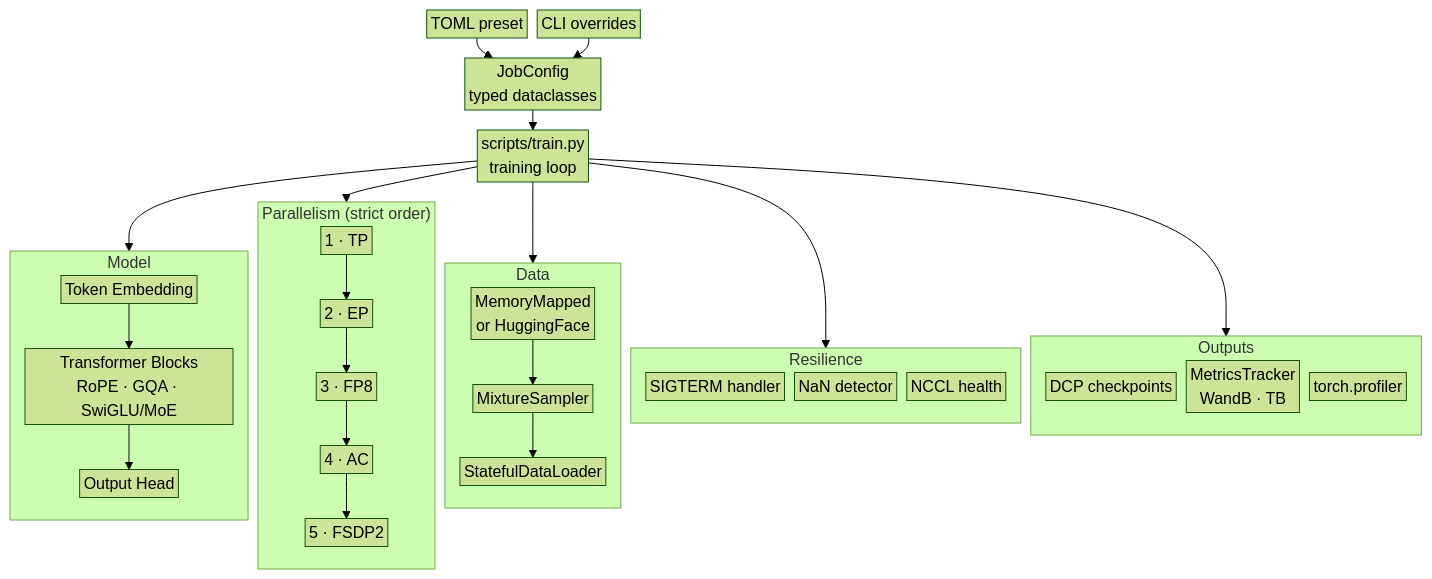
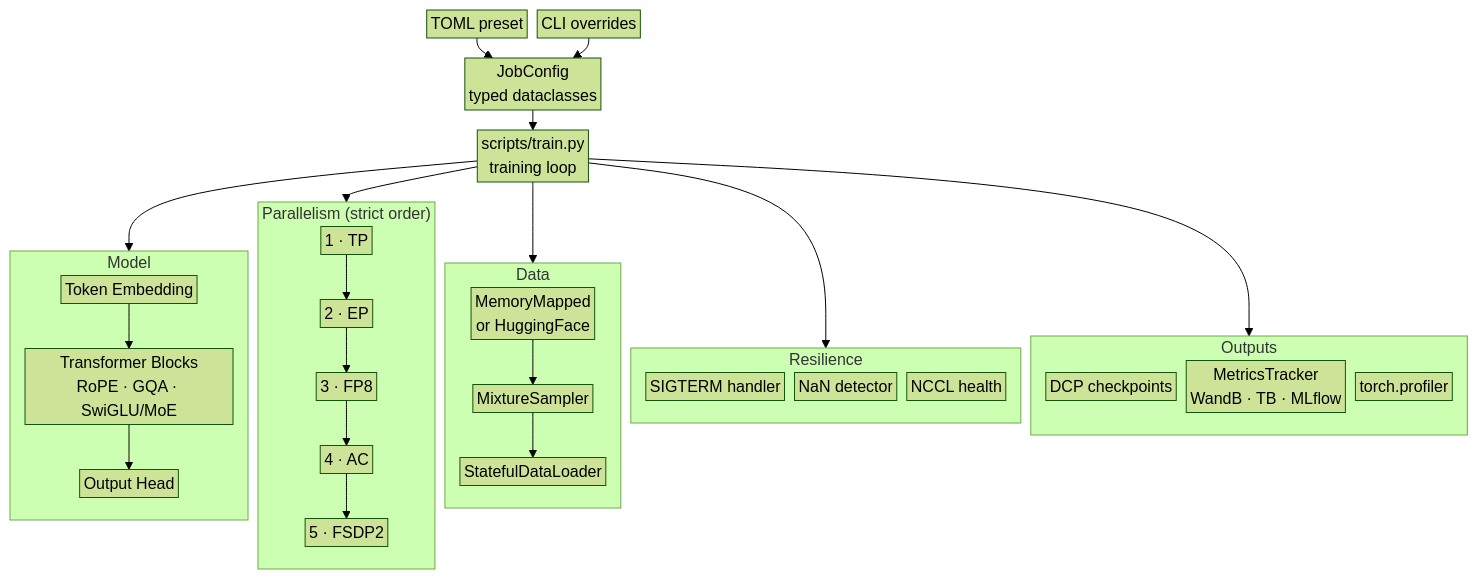
One commit to KempnerInstitute/KempnerForge changed the diagram in README.md. Above: the diagram before and after it, drawn with Mermaid (forest theme). The commit also changed other lines of this file and 14 other files, not shown here.

Commit message:
Add MLflow (Databricks) logging backend alongside WandB and TensorBoard

````diff
--- a/README.md
+++ b/README.md
@@ -52,49 +52,49 @@
 ```mermaid
 %%{init: {'flowchart': {'nodeSpacing': 10, 'rankSpacing': 20, 'padding': 2, 'subGraphTitleMargin': {'top': 0, 'bottom': 2}}}}%%
 flowchart TB
     %% Layer 1: configuration inputs
     TOML[TOML preset] --> JC[JobConfig<br/>typed dataclasses]
     CLI[CLI overrides] --> JC
 
     %% Layer 2: training loop
     JC --> TL[scripts/train.py<br/>training loop]
 
     %% Layer 3: subsystems (each a compact vertical stack)
     TL --> Model
     TL --> Parallelism
     TL --> Data
     TL --> Resilience
     TL --> Outputs
 
     subgraph Model
         direction TB
         M1[Token Embedding]
         M2[Transformer Blocks<br/>RoPE · GQA · SwiGLU/MoE]
         M3[Output Head]
         M1 --> M2 --> M3
     end
 
     subgraph Parallelism ["Parallelism (strict order)"]
         direction TB
         P1[1 · TP] --> P2[2 · EP] --> P3[3 · FP8] --> P4[4 · AC] --> P5[5 · FSDP2]
     end
 
     subgraph Data ["Data"]
         direction TB
         D1[MemoryMapped<br/>or HuggingFace] --> D2[MixtureSampler] --> D3[StatefulDataLoader]
     end
 
     subgraph Resilience
         direction TB
         R1[SIGTERM handler]
         R2[NaN detector]
         R3[NCCL health]
     end
 
     subgraph Outputs
         direction TB
         O1[DCP checkpoints]
-        O2[MetricsTracker<br/>WandB · TB]
+        O2[MetricsTracker<br/>WandB · TB · MLflow]
         O3[torch.profiler]
     end
 ```
````
